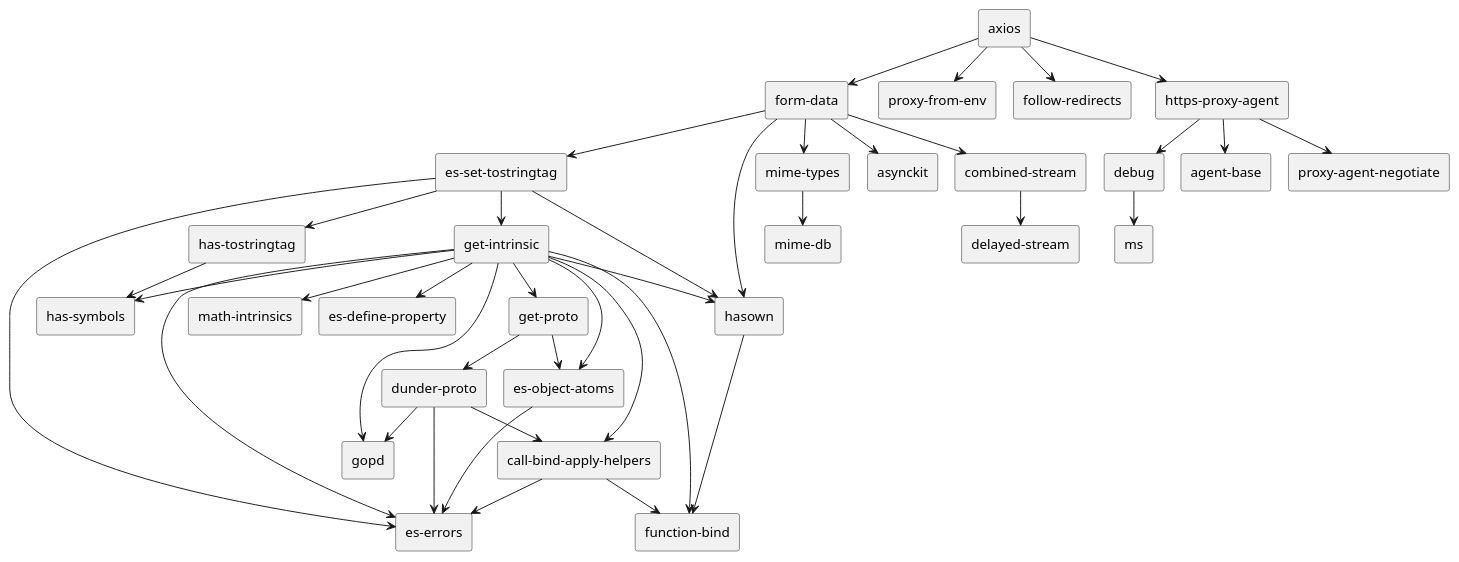
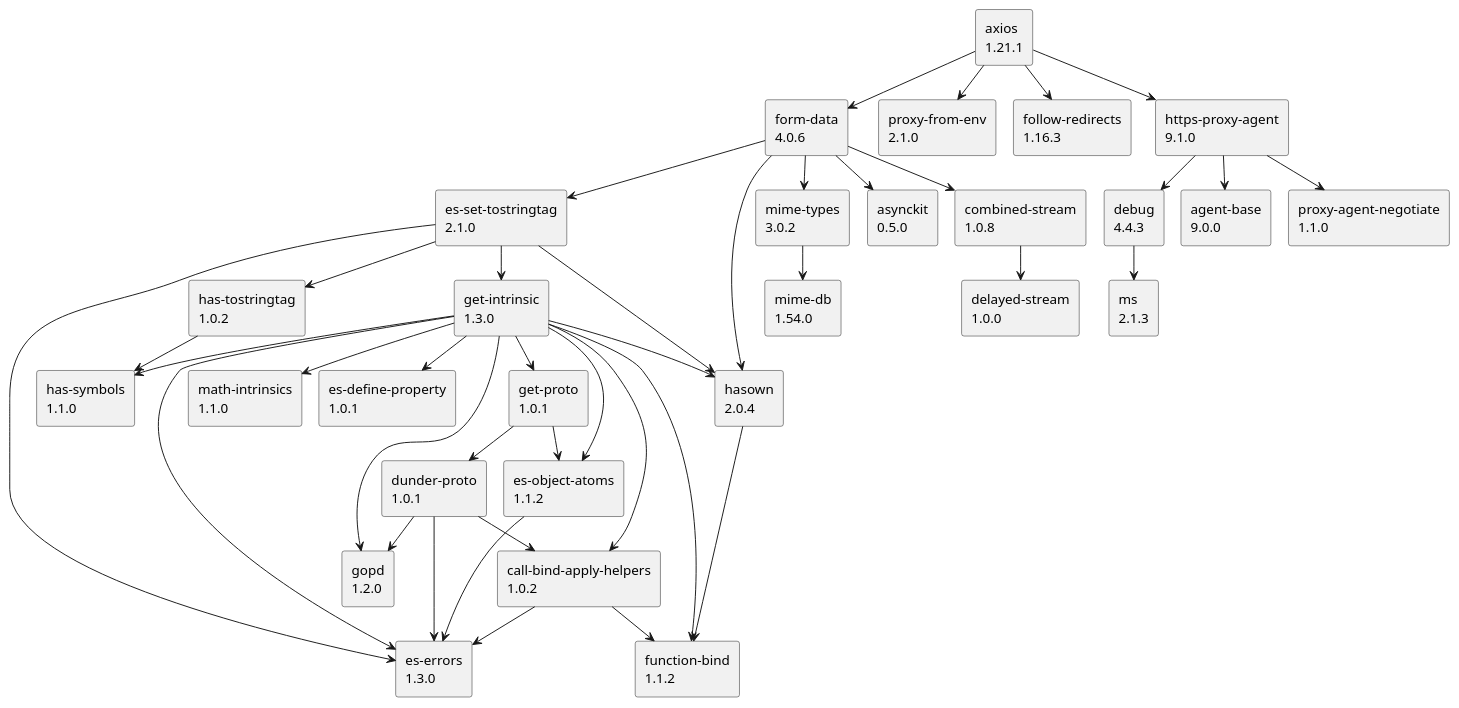
Before and after one commit to GoDeXxXx/npm-dependency-graph: the diagram in examples/axios.puml, drawn with PlantUML. The commit also changed 20 other files, not shown here.

```diff
--- a/examples/axios.puml
+++ b/examples/axios.puml
@@ -1,70 +1,70 @@
 @startuml
 !pragma layout smetana
-rectangle "axios" as p0
-rectangle "form-data" as p1
-rectangle "proxy-from-env" as p2
-rectangle "follow-redirects" as p3
-rectangle "https-proxy-agent" as p4
-rectangle "hasown" as p5
-rectangle "asynckit" as p6
-rectangle "mime-types" as p7
-rectangle "combined-stream" as p8
-rectangle "es-set-tostringtag" as p9
-rectangle "debug" as p10
-rectangle "agent-base" as p11
-rectangle "proxy-agent-negotiate" as p12
-rectangle "function-bind" as p13
-rectangle "mime-db" as p14
-rectangle "delayed-stream" as p15
-rectangle "es-errors" as p16
-rectangle "get-intrinsic" as p17
-rectangle "has-tostringtag" as p18
-rectangle "ms" as p19
-rectangle "gopd" as p20
-rectangle "get-proto" as p21
-rectangle "has-symbols" as p22
-rectangle "es-object-atoms" as p23
-rectangle "math-intrinsics" as p24
-rectangle "es-define-property" as p25
-rectangle "call-bind-apply-helpers" as p26
-rectangle "dunder-proto" as p27
+rectangle "axios\n1.21.1" as p0
+rectangle "form-data\n4.0.6" as p1
+rectangle "proxy-from-env\n2.1.0" as p2
+rectangle "follow-redirects\n1.16.3" as p3
+rectangle "https-proxy-agent\n9.1.0" as p4
+rectangle "hasown\n2.0.4" as p5
+rectangle "asynckit\n0.5.0" as p6
+rectangle "mime-types\n3.0.2" as p7
+rectangle "combined-stream\n1.0.8" as p8
+rectangle "es-set-tostringtag\n2.1.0" as p9
+rectangle "debug\n4.4.3" as p10
+rectangle "agent-base\n9.0.0" as p11
+rectangle "proxy-agent-negotiate\n1.1.0" as p12
+rectangle "function-bind\n1.1.2" as p13
+rectangle "mime-db\n1.54.0" as p14
+rectangle "delayed-stream\n1.0.0" as p15
+rectangle "es-errors\n1.3.0" as p16
+rectangle "get-intrinsic\n1.3.0" as p17
+rectangle "has-tostringtag\n1.0.2" as p18
+rectangle "ms\n2.1.3" as p19
+rectangle "gopd\n1.2.0" as p20
+rectangle "get-proto\n1.0.1" as p21
+rectangle "has-symbols\n1.1.0" as p22
+rectangle "es-object-atoms\n1.1.2" as p23
+rectangle "math-intrinsics\n1.1.0" as p24
+rectangle "es-define-property\n1.0.1" as p25
+rectangle "call-bind-apply-helpers\n1.0.2" as p26
+rectangle "dunder-proto\n1.0.1" as p27
 p0 --> p1
 p0 --> p2
 p0 --> p3
 p0 --> p4
 p1 --> p5
 p1 --> p6
 p1 --> p7
 p1 --> p8
 p1 --> p9
 p4 --> p10
 p4 --> p11
 p4 --> p12
 p5 --> p13
 p7 --> p14
 p8 --> p15
 p9 --> p5
 p9 --> p16
 p9 --> p17
 p9 --> p18
 p10 --> p19
 p17 --> p20
 p17 --> p5
 p17 --> p16
 p17 --> p21
 p17 --> p22
 p17 --> p13
 p17 --> p23
 p17 --> p24
 p17 --> p25
 p17 --> p26
 p18 --> p22
 p21 --> p27
 p21 --> p23
 p23 --> p16
 p26 --> p16
 p26 --> p13
 p27 --> p20
 p27 --> p16
 p27 --> p26
 @enduml
```
